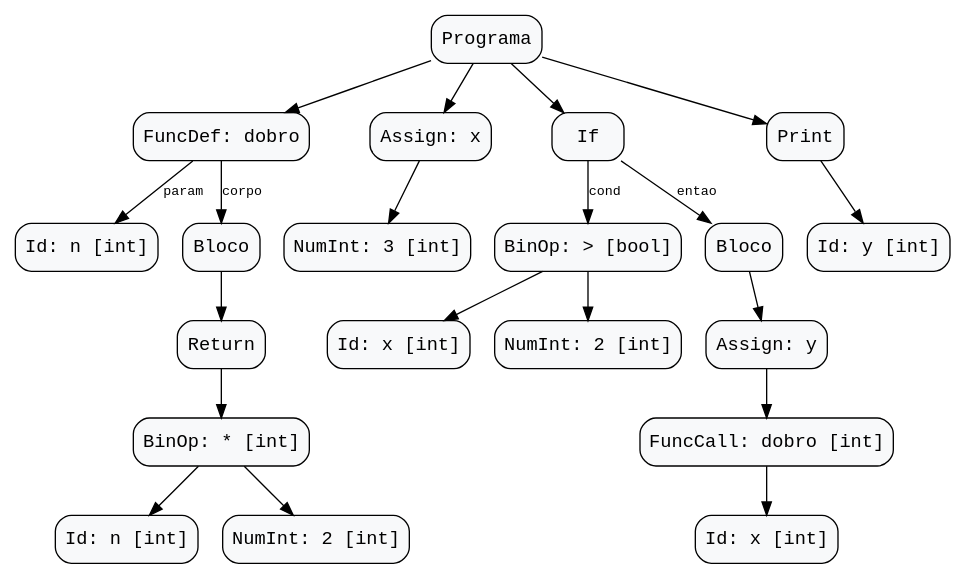
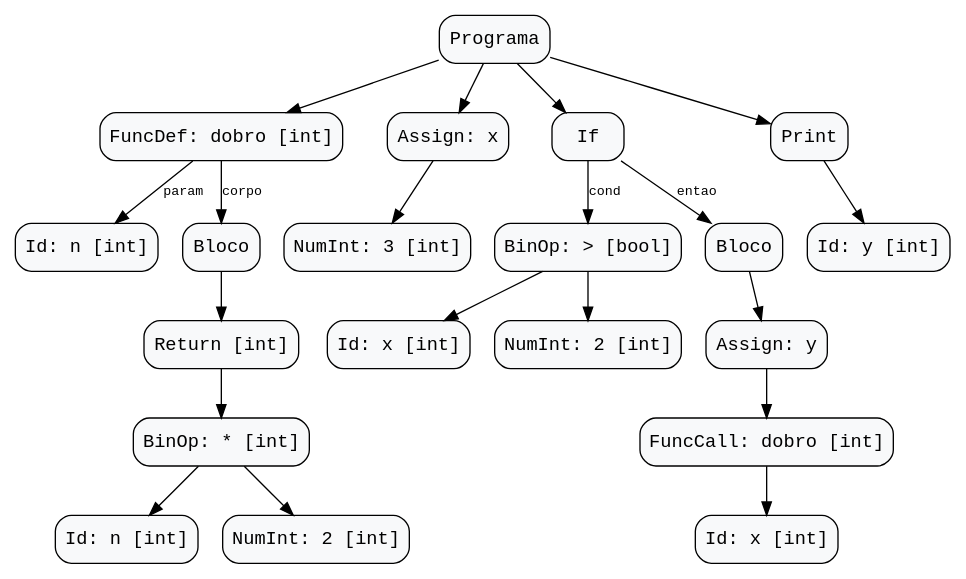
The diagram in compiladores-projeto/docs/VidaDeUmPrograma.md (RenanSantoss21/COMP1-grupo2), drawn with Graphviz before and after one commit. The commit also changed other lines of this file and 7 other files, not shown here.

Commit message:
fix(semantica): bloqueia chamada antes do def no modulo e anota tipo_resolvido em def/return (closes #57)

````diff
--- a/compiladores-projeto/docs/VidaDeUmPrograma.md
+++ b/compiladores-projeto/docs/VidaDeUmPrograma.md
@@ -323,45 +323,45 @@
 ```dot
 digraph AST {
     node [shape=box, style="rounded,filled", fillcolor="#f8f9fa", fontname="monospace"];
     edge [fontname="monospace", fontsize=10];
     n0 [label="Programa"];
-    n1 [label="FuncDef: dobro"];
+    n1 [label="FuncDef: dobro [int]"];
     n2 [label="Id: n [int]"];
     n1 -> n2 [label="param"];
     n3 [label="Bloco"];
-    n4 [label="Return"];
+    n4 [label="Return [int]"];
     n5 [label="BinOp: * [int]"];
     n6 [label="Id: n [int]"];
     n7 [label="NumInt: 2 [int]"];
     n5 -> n6;
     n5 -> n7;
     n4 -> n5;
     n3 -> n4;
     n1 -> n3 [label="corpo"];
     n0 -> n1;
     n8 [label="Assign: x"];
     n9 [label="NumInt: 3 [int]"];
     n8 -> n9;
     n0 -> n8;
     n10 [label="If"];
     n11 [label="BinOp: > [bool]"];
     n12 [label="Id: x [int]"];
     n13 [label="NumInt: 2 [int]"];
     n11 -> n12;
     n11 -> n13;
     n10 -> n11 [label="cond"];
     n14 [label="Bloco"];
     n15 [label="Assign: y"];
     n16 [label="FuncCall: dobro [int]"];
     n17 [label="Id: x [int]"];
     n16 -> n17;
     n15 -> n16;
     n14 -> n15;
     n10 -> n14 [label="entao"];
     n0 -> n10;
     n18 [label="Print"];
     n19 [label="Id: y [int]"];
     n18 -> n19;
     n0 -> n18;
 }
 ```
````
